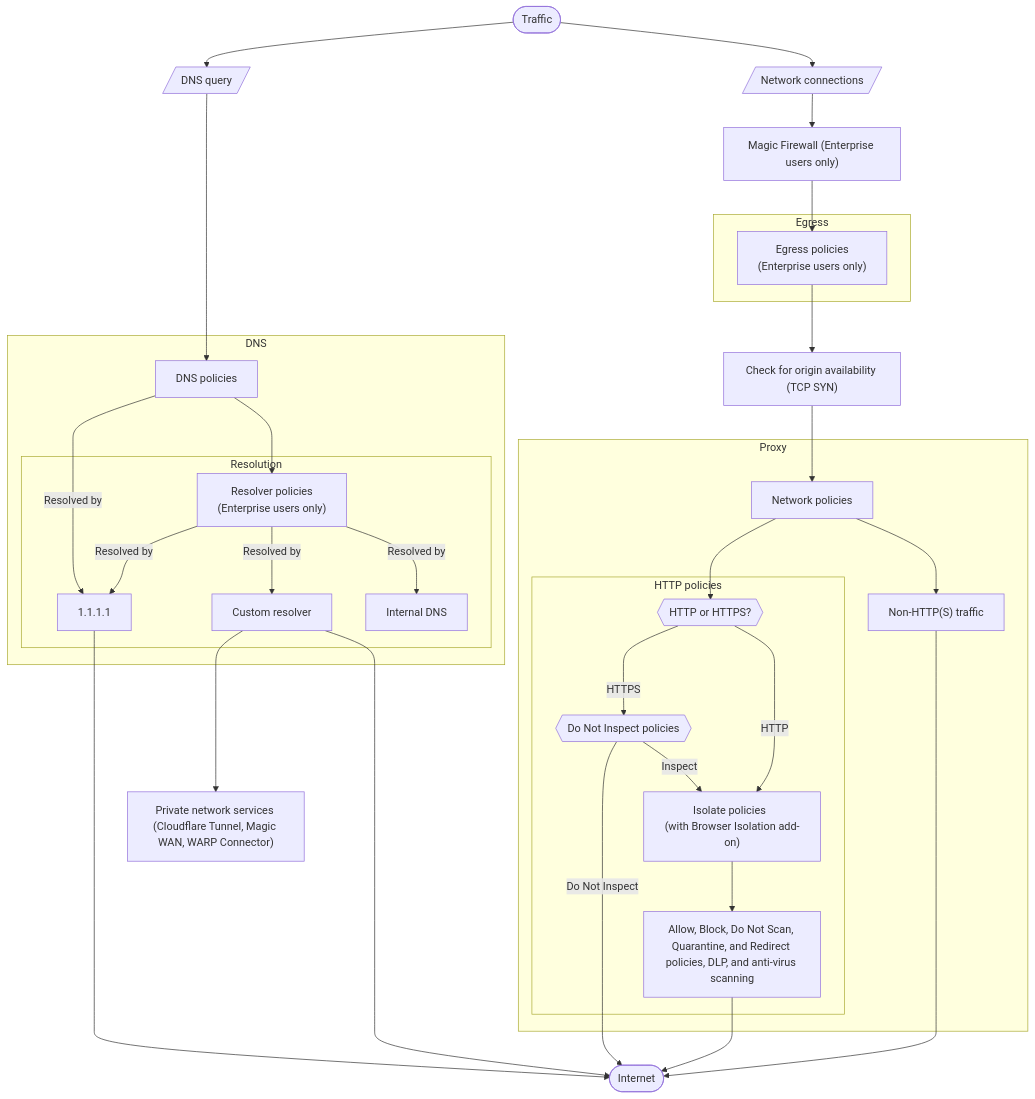
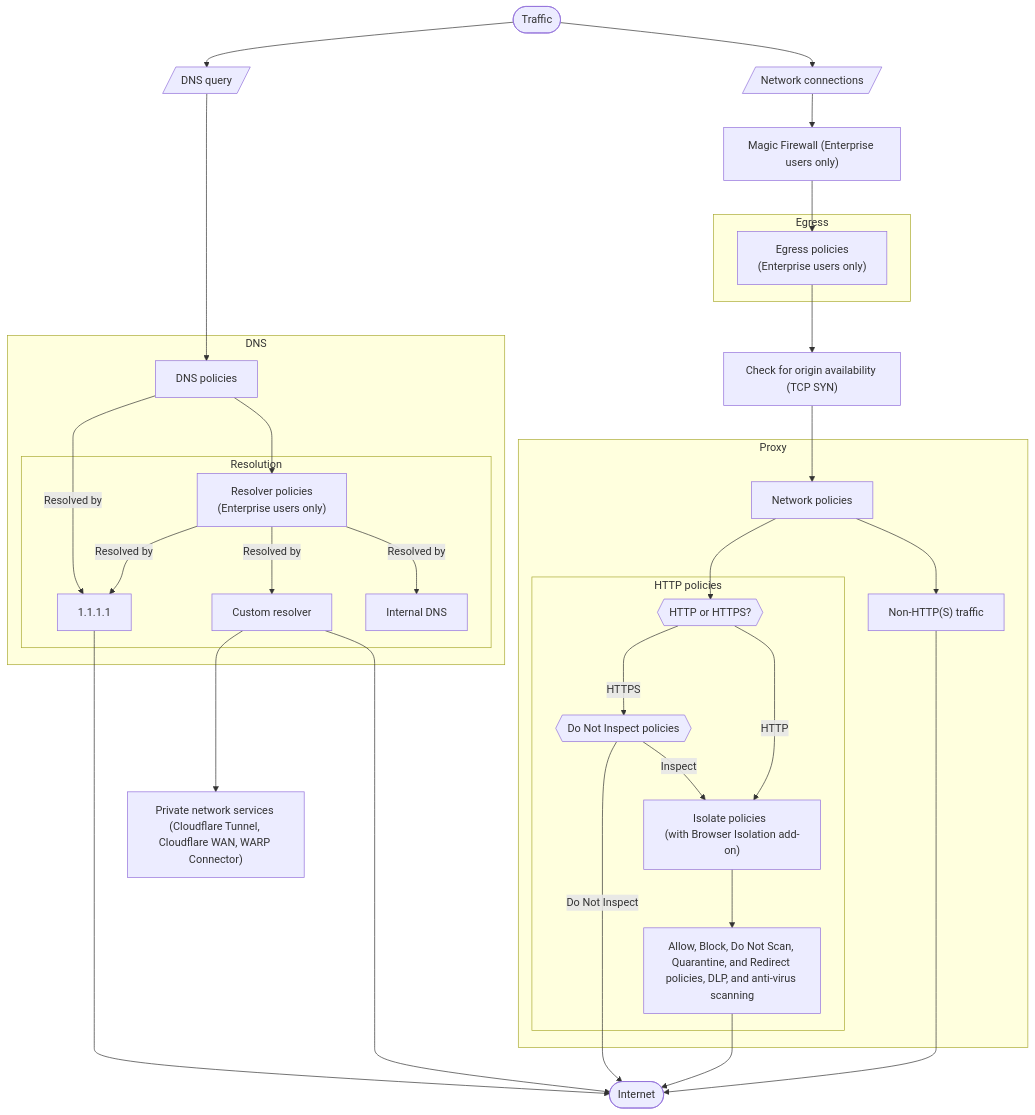
Before and after one commit to rdhanarot/cloudflare-docs: the diagram in src/content/partials/cloudflare-one/gateway/order-of-enforcement.mdx, drawn with Mermaid. The commit also changed 477 other files, not shown here.

````diff
--- a/src/content/partials/cloudflare-one/gateway/order-of-enforcement.mdx
+++ b/src/content/partials/cloudflare-one/gateway/order-of-enforcement.mdx
@@ -7,55 +7,55 @@
 ```mermaid
 flowchart TB
     %% Accessibility
     accTitle: Gateway order of enforcement
     accDescr: Flowchart describing the order of enforcement for Gateway policies.
 
  subgraph Resolution["Resolution"]
         dns2["1.1.1.1"]
         dns4["Custom resolver"]
         dns3["Resolver policies <br>(Enterprise users only)"]
         internal["Internal DNS"]
   end
  subgraph DNS["DNS"]
         dns1["DNS policies"]
         Resolution
   end
  subgraph HTTP["HTTP policies"]
         http1{{"Do Not Inspect policies"}}
         http2["Isolate policies  <br>(with Browser Isolation add-on)"]
         http3["Allow, Block, Do Not Scan, Quarantine, and Redirect policies, DLP, and anti-virus scanning"]
         https["HTTP or HTTPS?"]
   end
  subgraph Proxy["Proxy"]
         HTTP
         network1["Network policies"]
         nonhttp["Non-HTTP(S) traffic"]
   end
  subgraph Egress["Egress"]
         egress1["Egress policies <br>(Enterprise users only)"]
   end
     start(["Traffic"]) --> dns0[/"DNS query"/] & http0["Network connections"]
     dns0 ----> dns1
     dns1 -- Resolved by --> dns2
     dns1 --> dns3
     dns3 -- Resolved by --> dns4
     dns2 -----> internet(["Internet"])
     dns4 -----> internet
-    dns4 ---> cloudflare["Private network services <br>(Cloudflare Tunnel, Magic WAN, WARP Connector)"]
+    dns4 ---> cloudflare["Private network services <br>(Cloudflare Tunnel, Cloudflare WAN, WARP Connector)"]
     http1 -- Do Not Inspect --> internet
     http1 -- Inspect --> http2
     http2 --> http3
     http0 --> magic["Magic Firewall (Enterprise users only)"]
     magic --> egress1
     egress1 --> tcp["Check for origin availability (TCP SYN)"]
     tcp --> network1
     http3 --> internet
     https -- HTTPS --> http1
     https -- HTTP --> http2
     network1 --> https & nonhttp
     dns3 -- Resolved by --> internal & dns2
     nonhttp -----> internet
 
     https@{ shape: hex}
     http0@{ shape: lean-r}
 ```
````
